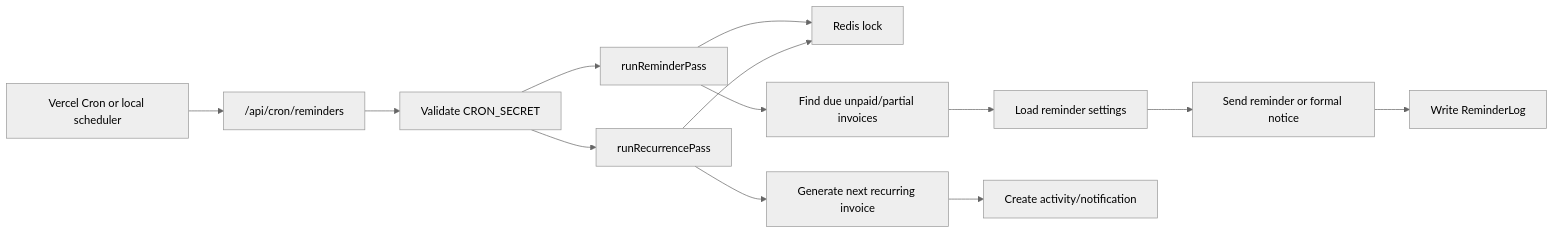
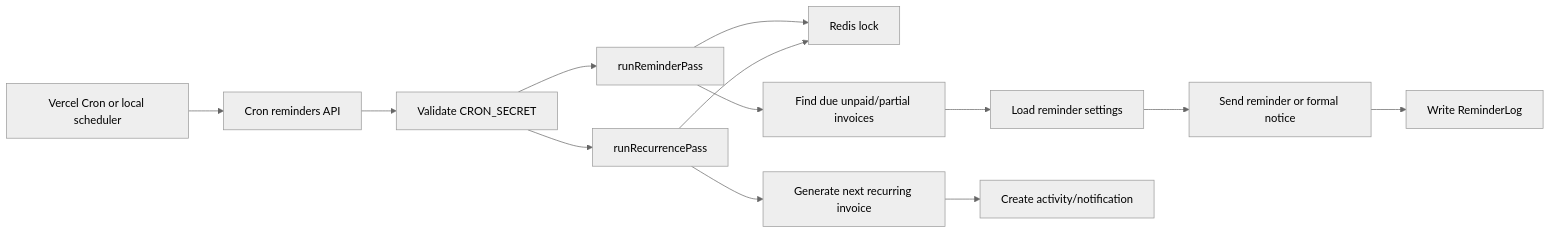
Before and after one commit to BasirKhan418/crm-roberto: the fifth of 5 diagrams in docs/technical-handover.md, drawn with Mermaid (neutral theme). The commit also changed other lines of this file, not shown here.

````diff
--- a/docs/technical-handover.md
+++ b/docs/technical-handover.md
@@ -202,15 +204,15 @@
 ```mermaid
 flowchart LR
-  Scheduler[Vercel Cron or local scheduler] --> Cron["/api/cron/reminders"]
+  Scheduler[Vercel Cron or local scheduler] --> Cron[Cron reminders API]
   Cron --> Auth[Validate CRON_SECRET]
   Auth --> ReminderPass[runReminderPass]
   Auth --> RecurrencePass[runRecurrencePass]
   ReminderPass --> RedisLock[Redis lock]
   RecurrencePass --> RedisLock
   ReminderPass --> InvoiceScan[Find due unpaid/partial invoices]
   InvoiceScan --> ReminderSettings[Load reminder settings]
   ReminderSettings --> Email[Send reminder or formal notice]
   Email --> ReminderLog[Write ReminderLog]
   RecurrencePass --> Generate[Generate next recurring invoice]
   Generate --> Activity[Create activity/notification]
 ```
````
